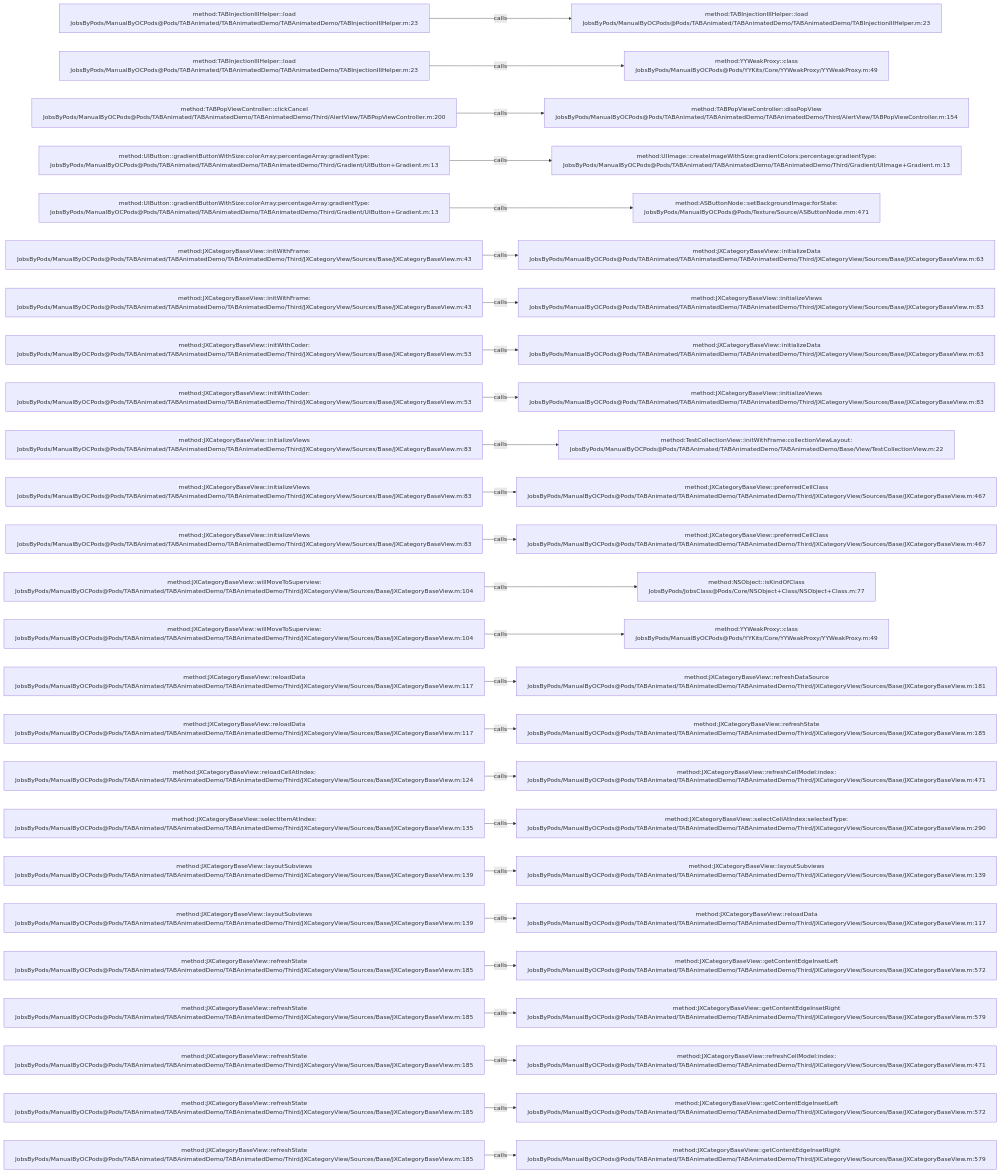
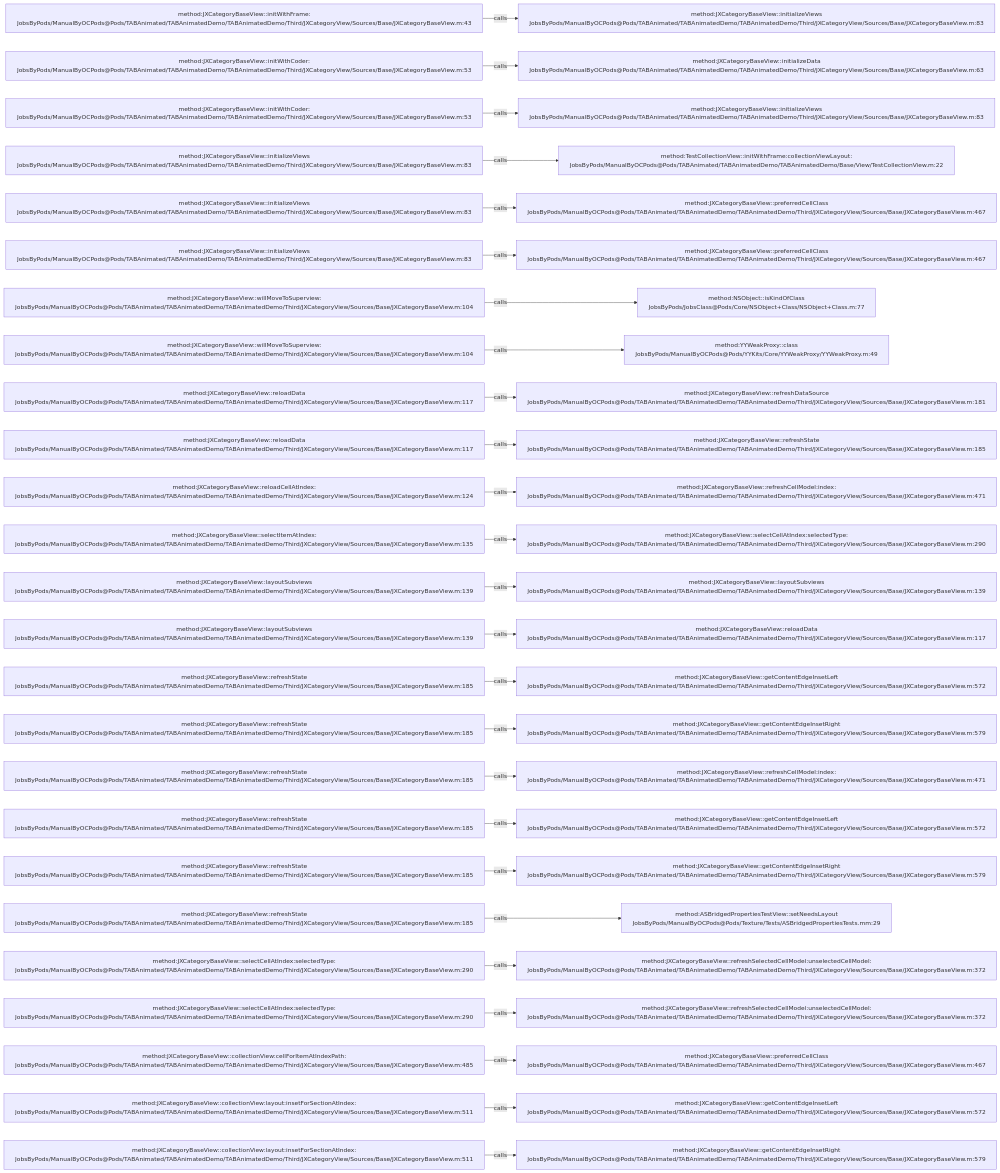
One commit to JobsKits/JobsOCBaseConfigDemo changed the diagram in .codegraph/codegraph.md/graphs/calls-033.md. Above: the diagram before and after it, drawn with Mermaid. The commit also changed 666 other files, not shown here.

````diff
--- a/.codegraph/codegraph.md/graphs/calls-033.md
+++ b/.codegraph/codegraph.md/graphs/calls-033.md
@@ -13,78 +13,78 @@
 ```mermaid
 flowchart LR
-  S1["method:TABInjectionIIIHelper::load<br/>JobsByPods/ManualByOCPods@Pods/TABAnimated/TABAnimatedDemo/TABAnimatedDemo/TABInjectionIIIHelper.m:23"]
-  T1["method:TABInjectionIIIHelper::load<br/>JobsByPods/ManualByOCPods@Pods/TABAnimated/TABAnimatedDemo/TABAnimatedDemo/TABInjectionIIIHelper.m:23"]
+  S1["method:JXCategoryBaseView::initWithFrame:<br/>JobsByPods/ManualByOCPods@Pods/TABAnimated/TABAnimatedDemo/TABAnimatedDemo/Third/JXCategoryView/Sources/Base/JXCategoryBaseView.m:43"]
+  T1["method:JXCategoryBaseView::initializeViews<br/>JobsByPods/ManualByOCPods@Pods/TABAnimated/TABAnimatedDemo/TABAnimatedDemo/Third/JXCategoryView/Sources/Base/JXCategoryBaseView.m:83"]
   S1 -->|calls| T1
-  S2["method:TABInjectionIIIHelper::load<br/>JobsByPods/ManualByOCPods@Pods/TABAnimated/TABAnimatedDemo/TABAnimatedDemo/TABInjectionIIIHelper.m:23"]
-  T2["method:YYWeakProxy::class<br/>JobsByPods/ManualByOCPods@Pods/YYKits/Core/YYWeakProxy/YYWeakProxy.m:49"]
+  S2["method:JXCategoryBaseView::initWithCoder:<br/>JobsByPods/ManualByOCPods@Pods/TABAnimated/TABAnimatedDemo/TABAnimatedDemo/Third/JXCategoryView/Sources/Base/JXCategoryBaseView.m:53"]
+  T2["method:JXCategoryBaseView::initializeData<br/>JobsByPods/ManualByOCPods@Pods/TABAnimated/TABAnimatedDemo/TABAnimatedDemo/Third/JXCategoryView/Sources/Base/JXCategoryBaseView.m:63"]
   S2 -->|calls| T2
-  S3["method:TABPopViewController::clickCancel<br/>JobsByPods/ManualByOCPods@Pods/TABAnimated/TABAnimatedDemo/TABAnimatedDemo/Third/AlertView/TABPopViewController.m:200"]
-  T3["method:TABPopViewController::dissPopView<br/>JobsByPods/ManualByOCPods@Pods/TABAnimated/TABAnimatedDemo/TABAnimatedDemo/Third/AlertView/TABPopViewController.m:154"]
+  S3["method:JXCategoryBaseView::initWithCoder:<br/>JobsByPods/ManualByOCPods@Pods/TABAnimated/TABAnimatedDemo/TABAnimatedDemo/Third/JXCategoryView/Sources/Base/JXCategoryBaseView.m:53"]
+  T3["method:JXCategoryBaseView::initializeViews<br/>JobsByPods/ManualByOCPods@Pods/TABAnimated/TABAnimatedDemo/TABAnimatedDemo/Third/JXCategoryView/Sources/Base/JXCategoryBaseView.m:83"]
   S3 -->|calls| T3
-  S4["method:UIButton::gradientButtonWithSize:colorArray:percentageArray:gradientType:<br/>JobsByPods/ManualByOCPods@Pods/TABAnimated/TABAnimatedDemo/TABAnimatedDemo/Third/Gradient/UIButton+Gradient.m:13"]
-  T4["method:UIImage::createImageWithSize:gradientColors:percentage:gradientType:<br/>JobsByPods/ManualByOCPods@Pods/TABAnimated/TABAnimatedDemo/TABAnimatedDemo/Third/Gradient/UIImage+Gradient.m:13"]
+  S4["method:JXCategoryBaseView::initializeViews<br/>JobsByPods/ManualByOCPods@Pods/TABAnimated/TABAnimatedDemo/TABAnimatedDemo/Third/JXCategoryView/Sources/Base/JXCategoryBaseView.m:83"]
+  T4["method:TestCollectionView::initWithFrame:collectionViewLayout:<br/>JobsByPods/ManualByOCPods@Pods/TABAnimated/TABAnimatedDemo/TABAnimatedDemo/Base/View/TestCollectionView.m:22"]
   S4 -->|calls| T4
-  S5["method:UIButton::gradientButtonWithSize:colorArray:percentageArray:gradientType:<br/>JobsByPods/ManualByOCPods@Pods/TABAnimated/TABAnimatedDemo/TABAnimatedDemo/Third/Gradient/UIButton+Gradient.m:13"]
-  T5["method:ASButtonNode::setBackgroundImage:forState:<br/>JobsByPods/ManualByOCPods@Pods/Texture/Source/ASButtonNode.mm:471"]
+  S5["method:JXCategoryBaseView::initializeViews<br/>JobsByPods/ManualByOCPods@Pods/TABAnimated/TABAnimatedDemo/TABAnimatedDemo/Third/JXCategoryView/Sources/Base/JXCategoryBaseView.m:83"]
+  T5["method:JXCategoryBaseView::preferredCellClass<br/>JobsByPods/ManualByOCPods@Pods/TABAnimated/TABAnimatedDemo/TABAnimatedDemo/Third/JXCategoryView/Sources/Base/JXCategoryBaseView.m:467"]
   S5 -->|calls| T5
-  S6["method:JXCategoryBaseView::initWithFrame:<br/>JobsByPods/ManualByOCPods@Pods/TABAnimated/TABAnimatedDemo/TABAnimatedDemo/Third/JXCategoryView/Sources/Base/JXCategoryBaseView.m:43"]
-  T6["method:JXCategoryBaseView::initializeData<br/>JobsByPods/ManualByOCPods@Pods/TABAnimated/TABAnimatedDemo/TABAnimatedDemo/Third/JXCategoryView/Sources/Base/JXCategoryBaseView.m:63"]
+  S6["method:JXCategoryBaseView::initializeViews<br/>JobsByPods/ManualByOCPods@Pods/TABAnimated/TABAnimatedDemo/TABAnimatedDemo/Third/JXCategoryView/Sources/Base/JXCategoryBaseView.m:83"]
+  T6["method:JXCategoryBaseView::preferredCellClass<br/>JobsByPods/ManualByOCPods@Pods/TABAnimated/TABAnimatedDemo/TABAnimatedDemo/Third/JXCategoryView/Sources/Base/JXCategoryBaseView.m:467"]
   S6 -->|calls| T6
-  S7["method:JXCategoryBaseView::initWithFrame:<br/>JobsByPods/ManualByOCPods@Pods/TABAnimated/TABAnimatedDemo/TABAnimatedDemo/Third/JXCategoryView/Sources/Base/JXCategoryBaseView.m:43"]
-  T7["method:JXCategoryBaseView::initializeViews<br/>JobsByPods/ManualByOCPods@Pods/TABAnimated/TABAnimatedDemo/TABAnimatedDemo/Third/JXCategoryView/Sources/Base/JXCategoryBaseView.m:83"]
+  S7["method:JXCategoryBaseView::willMoveToSuperview:<br/>JobsByPods/ManualByOCPods@Pods/TABAnimated/TABAnimatedDemo/TABAnimatedDemo/Third/JXCategoryView/Sources/Base/JXCategoryBaseView.m:104"]
+  T7["method:NSObject::isKindOfClass<br/>JobsByPods/JobsClass@Pods/Core/NSObject+Class/NSObject+Class.m:77"]
   S7 -->|calls| T7
-  S8["method:JXCategoryBaseView::initWithCoder:<br/>JobsByPods/ManualByOCPods@Pods/TABAnimated/TABAnimatedDemo/TABAnimatedDemo/Third/JXCategoryView/Sources/Base/JXCategoryBaseView.m:53"]
-  T8["method:JXCategoryBaseView::initializeData<br/>JobsByPods/ManualByOCPods@Pods/TABAnimated/TABAnimatedDemo/TABAnimatedDemo/Third/JXCategoryView/Sources/Base/JXCategoryBaseView.m:63"]
+  S8["method:JXCategoryBaseView::willMoveToSuperview:<br/>JobsByPods/ManualByOCPods@Pods/TABAnimated/TABAnimatedDemo/TABAnimatedDemo/Third/JXCategoryView/Sources/Base/JXCategoryBaseView.m:104"]
+  T8["method:YYWeakProxy::class<br/>JobsByPods/ManualByOCPods@Pods/YYKits/Core/YYWeakProxy/YYWeakProxy.m:49"]
   S8 -->|calls| T8
-  S9["method:JXCategoryBaseView::initWithCoder:<br/>JobsByPods/ManualByOCPods@Pods/TABAnimated/TABAnimatedDemo/TABAnimatedDemo/Third/JXCategoryView/Sources/Base/JXCategoryBaseView.m:53"]
-  T9["method:JXCategoryBaseView::initializeViews<br/>JobsByPods/ManualByOCPods@Pods/TABAnimated/TABAnimatedDemo/TABAnimatedDemo/Third/JXCategoryView/Sources/Base/JXCategoryBaseView.m:83"]
+  S9["method:JXCategoryBaseView::reloadData<br/>JobsByPods/ManualByOCPods@Pods/TABAnimated/TABAnimatedDemo/TABAnimatedDemo/Third/JXCategoryView/Sources/Base/JXCategoryBaseView.m:117"]
+  T9["method:JXCategoryBaseView::refreshDataSource<br/>JobsByPods/ManualByOCPods@Pods/TABAnimated/TABAnimatedDemo/TABAnimatedDemo/Third/JXCategoryView/Sources/Base/JXCategoryBaseView.m:181"]
   S9 -->|calls| T9
-  S10["method:JXCategoryBaseView::initializeViews<br/>JobsByPods/ManualByOCPods@Pods/TABAnimated/TABAnimatedDemo/TABAnimatedDemo/Third/JXCategoryView/Sources/Base/JXCategoryBaseView.m:83"]
-  T10["method:TestCollectionView::initWithFrame:collectionViewLayout:<br/>JobsByPods/ManualByOCPods@Pods/TABAnimated/TABAnimatedDemo/TABAnimatedDemo/Base/View/TestCollectionView.m:22"]
+  S10["method:JXCategoryBaseView::reloadData<br/>JobsByPods/ManualByOCPods@Pods/TABAnimated/TABAnimatedDemo/TABAnimatedDemo/Third/JXCategoryView/Sources/Base/JXCategoryBaseView.m:117"]
+  T10["method:JXCategoryBaseView::refreshState<br/>JobsByPods/ManualByOCPods@Pods/TABAnimated/TABAnimatedDemo/TABAnimatedDemo/Third/JXCategoryView/Sources/Base/JXCategoryBaseView.m:185"]
   S10 -->|calls| T10
-  S11["method:JXCategoryBaseView::initializeViews<br/>JobsByPods/ManualByOCPods@Pods/TABAnimated/TABAnimatedDemo/TABAnimatedDemo/Third/JXCategoryView/Sources/Base/JXCategoryBaseView.m:83"]
-  T11["method:JXCategoryBaseView::preferredCellClass<br/>JobsByPods/ManualByOCPods@Pods/TABAnimated/TABAnimatedDemo/TABAnimatedDemo/Third/JXCategoryView/Sources/Base/JXCategoryBaseView.m:467"]
+  S11["method:JXCategoryBaseView::reloadCellAtIndex:<br/>JobsByPods/ManualByOCPods@Pods/TABAnimated/TABAnimatedDemo/TABAnimatedDemo/Third/JXCategoryView/Sources/Base/JXCategoryBaseView.m:124"]
+  T11["method:JXCategoryBaseView::refreshCellModel:index:<br/>JobsByPods/ManualByOCPods@Pods/TABAnimated/TABAnimatedDemo/TABAnimatedDemo/Third/JXCategoryView/Sources/Base/JXCategoryBaseView.m:471"]
   S11 -->|calls| T11
-  S12["method:JXCategoryBaseView::initializeViews<br/>JobsByPods/ManualByOCPods@Pods/TABAnimated/TABAnimatedDemo/TABAnimatedDemo/Third/JXCategoryView/Sources/Base/JXCategoryBaseView.m:83"]
-  T12["method:JXCategoryBaseView::preferredCellClass<br/>JobsByPods/ManualByOCPods@Pods/TABAnimated/TABAnimatedDemo/TABAnimatedDemo/Third/JXCategoryView/Sources/Base/JXCategoryBaseView.m:467"]
+  S12["method:JXCategoryBaseView::selectItemAtIndex:<br/>JobsByPods/ManualByOCPods@Pods/TABAnimated/TABAnimatedDemo/TABAnimatedDemo/Third/JXCategoryView/Sources/Base/JXCategoryBaseView.m:135"]
+  T12["method:JXCategoryBaseView::selectCellAtIndex:selectedType:<br/>JobsByPods/ManualByOCPods@Pods/TABAnimated/TABAnimatedDemo/TABAnimatedDemo/Third/JXCategoryView/Sources/Base/JXCategoryBaseView.m:290"]
   S12 -->|calls| T12
-  S13["method:JXCategoryBaseView::willMoveToSuperview:<br/>JobsByPods/ManualByOCPods@Pods/TABAnimated/TABAnimatedDemo/TABAnimatedDemo/Third/JXCategoryView/Sources/Base/JXCategoryBaseView.m:104"]
-  T13["method:NSObject::isKindOfClass<br/>JobsByPods/JobsClass@Pods/Core/NSObject+Class/NSObject+Class.m:77"]
+  S13["method:JXCategoryBaseView::layoutSubviews<br/>JobsByPods/ManualByOCPods@Pods/TABAnimated/TABAnimatedDemo/TABAnimatedDemo/Third/JXCategoryView/Sources/Base/JXCategoryBaseView.m:139"]
+  T13["method:JXCategoryBaseView::layoutSubviews<br/>JobsByPods/ManualByOCPods@Pods/TABAnimated/TABAnimatedDemo/TABAnimatedDemo/Third/JXCategoryView/Sources/Base/JXCategoryBaseView.m:139"]
   S13 -->|calls| T13
-  S14["method:JXCategoryBaseView::willMoveToSuperview:<br/>JobsByPods/ManualByOCPods@Pods/TABAnimated/TABAnimatedDemo/TABAnimatedDemo/Third/JXCategoryView/Sources/Base/JXCategoryBaseView.m:104"]
-  T14["method:YYWeakProxy::class<br/>JobsByPods/ManualByOCPods@Pods/YYKits/Core/YYWeakProxy/YYWeakProxy.m:49"]
+  S14["method:JXCategoryBaseView::layoutSubviews<br/>JobsByPods/ManualByOCPods@Pods/TABAnimated/TABAnimatedDemo/TABAnimatedDemo/Third/JXCategoryView/Sources/Base/JXCategoryBaseView.m:139"]
+  T14["method:JXCategoryBaseView::reloadData<br/>JobsByPods/ManualByOCPods@Pods/TABAnimated/TABAnimatedDemo/TABAnimatedDemo/Third/JXCategoryView/Sources/Base/JXCategoryBaseView.m:117"]
   S14 -->|calls| T14
-  S15["method:JXCategoryBaseView::reloadData<br/>JobsByPods/ManualByOCPods@Pods/TABAnimated/TABAnimatedDemo/TABAnimatedDemo/Third/JXCategoryView/Sources/Base/JXCategoryBaseView.m:117"]
-  T15["method:JXCategoryBaseView::refreshDataSource<br/>JobsByPods/ManualByOCPods@Pods/TABAnimated/TABAnimatedDemo/TABAnimatedDemo/Third/JXCategoryView/Sources/Base/JXCategoryBaseView.m:181"]
+  S15["method:JXCategoryBaseView::refreshState<br/>JobsByPods/ManualByOCPods@Pods/TABAnimated/TABAnimatedDemo/TABAnimatedDemo/Third/JXCategoryView/Sources/Base/JXCategoryBaseView.m:185"]
+  T15["method:JXCategoryBaseView::getContentEdgeInsetLeft<br/>JobsByPods/ManualByOCPods@Pods/TABAnimated/TABAnimatedDemo/TABAnimatedDemo/Third/JXCategoryView/Sources/Base/JXCategoryBaseView.m:572"]
   S15 -->|calls| T15
-  S16["method:JXCategoryBaseView::reloadData<br/>JobsByPods/ManualByOCPods@Pods/TABAnimated/TABAnimatedDemo/TABAnimatedDemo/Third/JXCategoryView/Sources/Base/JXCategoryBaseView.m:117"]
-  T16["method:JXCategoryBaseView::refreshState<br/>JobsByPods/ManualByOCPods@Pods/TABAnimated/TABAnimatedDemo/TABAnimatedDemo/Third/JXCategoryView/Sources/Base/JXCategoryBaseView.m:185"]
+  S16["method:JXCategoryBaseView::refreshState<br/>JobsByPods/ManualByOCPods@Pods/TABAnimated/TABAnimatedDemo/TABAnimatedDemo/Third/JXCategoryView/Sources/Base/JXCategoryBaseView.m:185"]
+  T16["method:JXCategoryBaseView::getContentEdgeInsetRight<br/>JobsByPods/ManualByOCPods@Pods/TABAnimated/TABAnimatedDemo/TABAnimatedDemo/Third/JXCategoryView/Sources/Base/JXCategoryBaseView.m:579"]
   S16 -->|calls| T16
-  S17["method:JXCategoryBaseView::reloadCellAtIndex:<br/>JobsByPods/ManualByOCPods@Pods/TABAnimated/TABAnimatedDemo/TABAnimatedDemo/Third/JXCategoryView/Sources/Base/JXCategoryBaseView.m:124"]
+  S17["method:JXCategoryBaseView::refreshState<br/>JobsByPods/ManualByOCPods@Pods/TABAnimated/TABAnimatedDemo/TABAnimatedDemo/Third/JXCategoryView/Sources/Base/JXCategoryBaseView.m:185"]
   T17["method:JXCategoryBaseView::refreshCellModel:index:<br/>JobsByPods/ManualByOCPods@Pods/TABAnimated/TABAnimatedDemo/TABAnimatedDemo/Third/JXCategoryView/Sources/Base/JXCategoryBaseView.m:471"]
   S17 -->|calls| T17
-  S18["method:JXCategoryBaseView::selectItemAtIndex:<br/>JobsByPods/ManualByOCPods@Pods/TABAnimated/TABAnimatedDemo/TABAnimatedDemo/Third/JXCategoryView/Sources/Base/JXCategoryBaseView.m:135"]
-  T18["method:JXCategoryBaseView::selectCellAtIndex:selectedType:<br/>JobsByPods/ManualByOCPods@Pods/TABAnimated/TABAnimatedDemo/TABAnimatedDemo/Third/JXCategoryView/Sources/Base/JXCategoryBaseView.m:290"]
+  S18["method:JXCategoryBaseView::refreshState<br/>JobsByPods/ManualByOCPods@Pods/TABAnimated/TABAnimatedDemo/TABAnimatedDemo/Third/JXCategoryView/Sources/Base/JXCategoryBaseView.m:185"]
+  T18["method:JXCategoryBaseView::getContentEdgeInsetLeft<br/>JobsByPods/ManualByOCPods@Pods/TABAnimated/TABAnimatedDemo/TABAnimatedDemo/Third/JXCategoryView/Sources/Base/JXCategoryBaseView.m:572"]
   S18 -->|calls| T18
-  S19["method:JXCategoryBaseView::layoutSubviews<br/>JobsByPods/ManualByOCPods@Pods/TABAnimated/TABAnimatedDemo/TABAnimatedDemo/Third/JXCategoryView/Sources/Base/JXCategoryBaseView.m:139"]
-  T19["method:JXCategoryBaseView::layoutSubviews<br/>JobsByPods/ManualByOCPods@Pods/TABAnimated/TABAnimatedDemo/TABAnimatedDemo/Third/JXCategoryView/Sources/Base/JXCategoryBaseView.m:139"]
+  S19["method:JXCategoryBaseView::refreshState<br/>JobsByPods/ManualByOCPods@Pods/TABAnimated/TABAnimatedDemo/TABAnimatedDemo/Third/JXCategoryView/Sources/Base/JXCategoryBaseView.m:185"]
+  T19["method:JXCategoryBaseView::getContentEdgeInsetRight<br/>JobsByPods/ManualByOCPods@Pods/TABAnimated/TABAnimatedDemo/TABAnimatedDemo/Third/JXCategoryView/Sources/Base/JXCategoryBaseView.m:579"]
   S19 -->|calls| T19
-  S20["method:JXCategoryBaseView::layoutSubviews<br/>JobsByPods/ManualByOCPods@Pods/TABAnimated/TABAnimatedDemo/TABAnimatedDemo/Third/JXCategoryView/Sources/Base/JXCategoryBaseView.m:139"]
-  T20["method:JXCategoryBaseView::reloadData<br/>JobsByPods/ManualByOCPods@Pods/TABAnimated/TABAnimatedDemo/TABAnimatedDemo/Third/JXCategoryView/Sources/Base/JXCategoryBaseView.m:117"]
+  S20["method:JXCategoryBaseView::refreshState<br/>JobsByPods/ManualByOCPods@Pods/TABAnimated/TABAnimatedDemo/TABAnimatedDemo/Third/JXCategoryView/Sources/Base/JXCategoryBaseView.m:185"]
+  T20["method:ASBridgedPropertiesTestView::setNeedsLayout<br/>JobsByPods/ManualByOCPods@Pods/Texture/Tests/ASBridgedPropertiesTests.mm:29"]
   S20 -->|calls| T20
-  S21["method:JXCategoryBaseView::refreshState<br/>JobsByPods/ManualByOCPods@Pods/TABAnimated/TABAnimatedDemo/TABAnimatedDemo/Third/JXCategoryView/Sources/Base/JXCategoryBaseView.m:185"]
-  T21["method:JXCategoryBaseView::getContentEdgeInsetLeft<br/>JobsByPods/ManualByOCPods@Pods/TABAnimated/TABAnimatedDemo/TABAnimatedDemo/Third/JXCategoryView/Sources/Base/JXCategoryBaseView.m:572"]
+  S21["method:JXCategoryBaseView::selectCellAtIndex:selectedType:<br/>JobsByPods/ManualByOCPods@Pods/TABAnimated/TABAnimatedDemo/TABAnimatedDemo/Third/JXCategoryView/Sources/Base/JXCategoryBaseView.m:290"]
+  T21["method:JXCategoryBaseView::refreshSelectedCellModel:unselectedCellModel:<br/>JobsByPods/ManualByOCPods@Pods/TABAnimated/TABAnimatedDemo/TABAnimatedDemo/Third/JXCategoryView/Sources/Base/JXCategoryBaseView.m:372"]
   S21 -->|calls| T21
-  S22["method:JXCategoryBaseView::refreshState<br/>JobsByPods/ManualByOCPods@Pods/TABAnimated/TABAnimatedDemo/TABAnimatedDemo/Third/JXCategoryView/Sources/Base/JXCategoryBaseView.m:185"]
-  T22["method:JXCategoryBaseView::getContentEdgeInsetRight<br/>JobsByPods/ManualByOCPods@Pods/TABAnimated/TABAnimatedDemo/TABAnimatedDemo/Third/JXCategoryView/Sources/Base/JXCategoryBaseView.m:579"]
+  S22["method:JXCategoryBaseView::selectCellAtIndex:selectedType:<br/>JobsByPods/ManualByOCPods@Pods/TABAnimated/TABAnimatedDemo/TABAnimatedDemo/Third/JXCategoryView/Sources/Base/JXCategoryBaseView.m:290"]
+  T22["method:JXCategoryBaseView::refreshSelectedCellModel:unselectedCellModel:<br/>JobsByPods/ManualByOCPods@Pods/TABAnimated/TABAnimatedDemo/TABAnimatedDemo/Third/JXCategoryView/Sources/Base/JXCategoryBaseView.m:372"]
   S22 -->|calls| T22
-  S23["method:JXCategoryBaseView::refreshState<br/>JobsByPods/ManualByOCPods@Pods/TABAnimated/TABAnimatedDemo/TABAnimatedDemo/Third/JXCategoryView/Sources/Base/JXCategoryBaseView.m:185"]
-  T23["method:JXCategoryBaseView::refreshCellModel:index:<br/>JobsByPods/ManualByOCPods@Pods/TABAnimated/TABAnimatedDemo/TABAnimatedDemo/Third/JXCategoryView/Sources/Base/JXCategoryBaseView.m:471"]
+  S23["method:JXCategoryBaseView::collectionView:cellForItemAtIndexPath:<br/>JobsByPods/ManualByOCPods@Pods/TABAnimated/TABAnimatedDemo/TABAnimatedDemo/Third/JXCategoryView/Sources/Base/JXCategoryBaseView.m:485"]
+  T23["method:JXCategoryBaseView::preferredCellClass<br/>JobsByPods/ManualByOCPods@Pods/TABAnimated/TABAnimatedDemo/TABAnimatedDemo/Third/JXCategoryView/Sources/Base/JXCategoryBaseView.m:467"]
   S23 -->|calls| T23
-  S24["method:JXCategoryBaseView::refreshState<br/>JobsByPods/ManualByOCPods@Pods/TABAnimated/TABAnimatedDemo/TABAnimatedDemo/Third/JXCategoryView/Sources/Base/JXCategoryBaseView.m:185"]
+  S24["method:JXCategoryBaseView::collectionView:layout:insetForSectionAtIndex:<br/>JobsByPods/ManualByOCPods@Pods/TABAnimated/TABAnimatedDemo/TABAnimatedDemo/Third/JXCategoryView/Sources/Base/JXCategoryBaseView.m:511"]
   T24["method:JXCategoryBaseView::getContentEdgeInsetLeft<br/>JobsByPods/ManualByOCPods@Pods/TABAnimated/TABAnimatedDemo/TABAnimatedDemo/Third/JXCategoryView/Sources/Base/JXCategoryBaseView.m:572"]
   S24 -->|calls| T24
-  S25["method:JXCategoryBaseView::refreshState<br/>JobsByPods/ManualByOCPods@Pods/TABAnimated/TABAnimatedDemo/TABAnimatedDemo/Third/JXCategoryView/Sources/Base/JXCategoryBaseView.m:185"]
+  S25["method:JXCategoryBaseView::collectionView:layout:insetForSectionAtIndex:<br/>JobsByPods/ManualByOCPods@Pods/TABAnimated/TABAnimatedDemo/TABAnimatedDemo/Third/JXCategoryView/Sources/Base/JXCategoryBaseView.m:511"]
   T25["method:JXCategoryBaseView::getContentEdgeInsetRight<br/>JobsByPods/ManualByOCPods@Pods/TABAnimated/TABAnimatedDemo/TABAnimatedDemo/Third/JXCategoryView/Sources/Base/JXCategoryBaseView.m:579"]
   S25 -->|calls| T25
 ```
````
